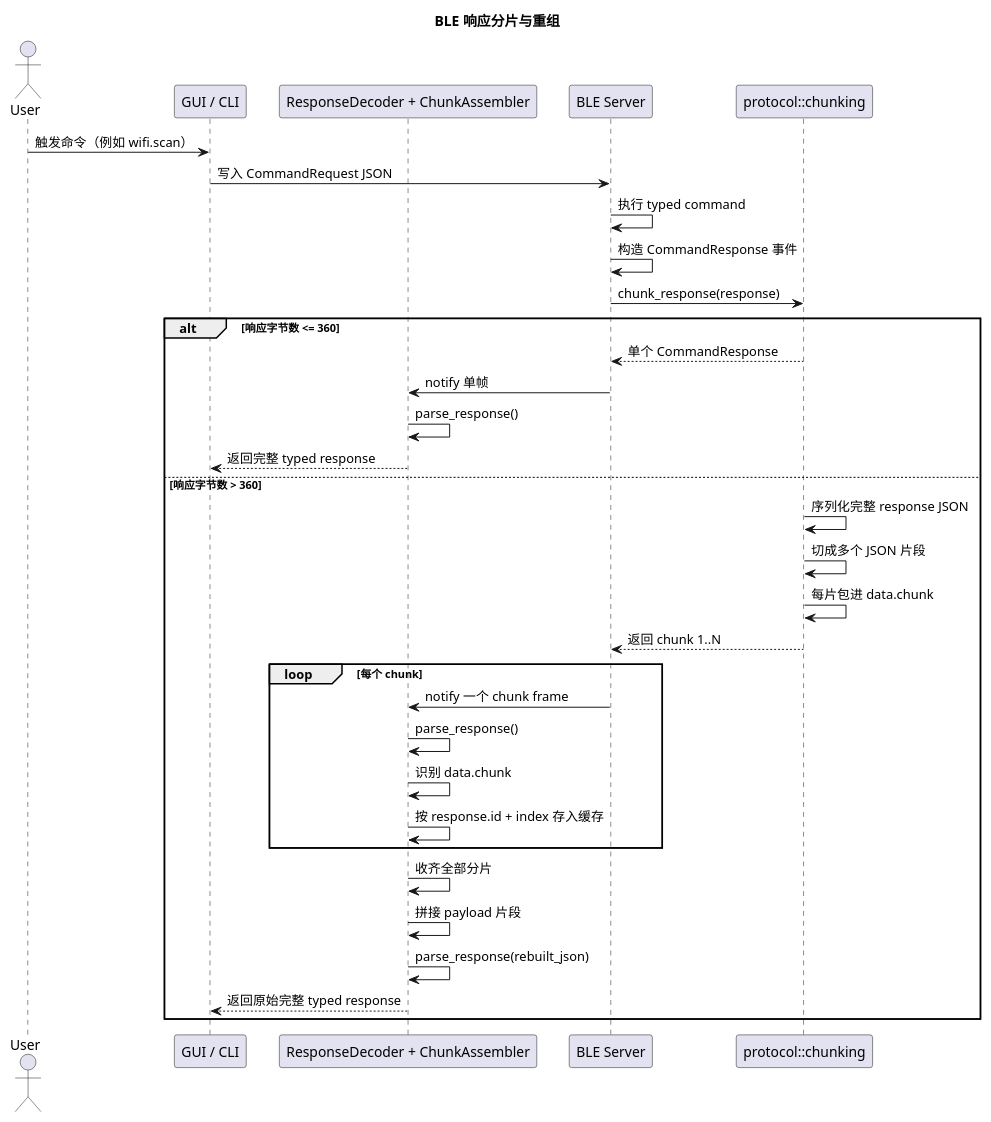
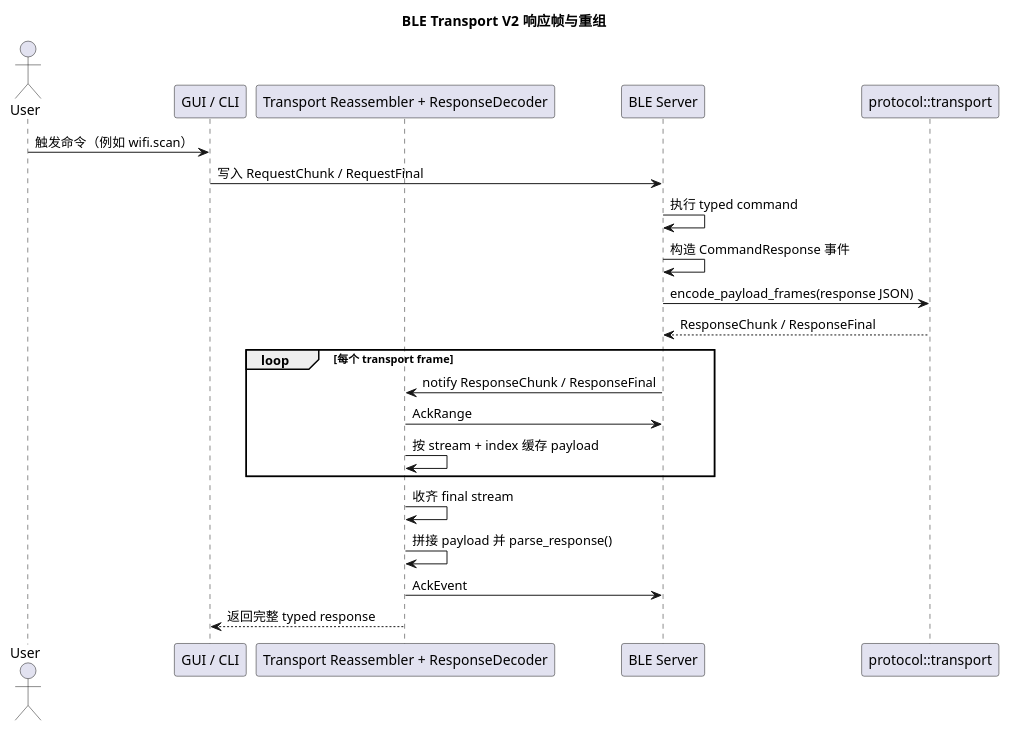
One commit to GrooveWJH/ble-command-gateway changed the diagram in docs/MTU_CHUNKING_ZH.md. Above: the diagram before and after it, drawn with PlantUML. The commit also changed other lines of this file and 29 other files, not shown here.

````diff
--- a/docs/MTU_CHUNKING_ZH.md
+++ b/docs/MTU_CHUNKING_ZH.md
@@ -203,42 +237,30 @@
 ```plantuml
 @startuml
-title BLE 响应分片与重组
+title BLE Transport V2 响应帧与重组
 
 actor User
 participant GUI as "GUI / CLI"
-participant Client as "ResponseDecoder + ChunkAssembler"
+participant Client as "Transport Reassembler + ResponseDecoder"
 participant Server as "BLE Server"
-participant Protocol as "protocol::chunking"
+participant Transport as "protocol::transport"
 
 User -> GUI: 触发命令（例如 wifi.scan）
-GUI -> Server: 写入 CommandRequest JSON
+GUI -> Server: 写入 RequestChunk / RequestFinal
 Server -> Server: 执行 typed command
 Server -> Server: 构造 CommandResponse 事件
-Server -> Protocol: chunk_response(response)
+Server -> Transport: encode_payload_frames(response JSON)
+Transport --> Server: ResponseChunk / ResponseFinal
 
-alt 响应字节数 <= 360
-    Protocol --> Server: 单个 CommandResponse
-    Server -> Client: notify 单帧
-    Client -> Client: parse_response()
-    Client --> GUI: 返回完整 typed response
-else 响应字节数 > 360
-    Protocol -> Protocol: 序列化完整 response JSON
-    Protocol -> Protocol: 切成多个 JSON 片段
-    Protocol -> Protocol: 每片包进 data.chunk
-    Protocol --> Server: 返回 chunk 1..N
+loop 每个 transport frame
+    Server -> Client: notify ResponseChunk / ResponseFinal
+    Client -> Server: AckRange
+    Client -> Client: 按 stream + index 缓存 payload
+end
 
-    loop 每个 chunk
-        Server -> Client: notify 一个 chunk frame
-        Client -> Client: parse_response()
-        Client -> Client: 识别 data.chunk
-        Client -> Client: 按 response.id + index 存入缓存
-    end
-
-    Client -> Client: 收齐全部分片
-    Client -> Client: 拼接 payload 片段
-    Client -> Client: parse_response(rebuilt_json)
-    Client --> GUI: 返回原始完整 typed response
-end
+Client -> Client: 收齐 final stream
+Client -> Client: 拼接 payload 并 parse_response()
+Client -> Server: AckEvent
+Client --> GUI: 返回完整 typed response
 
 @enduml
 ```
````
